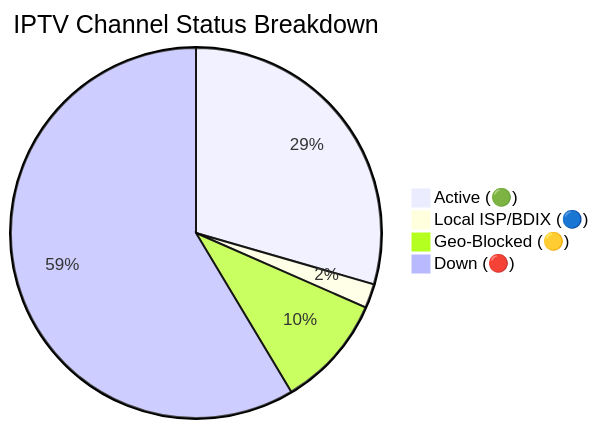
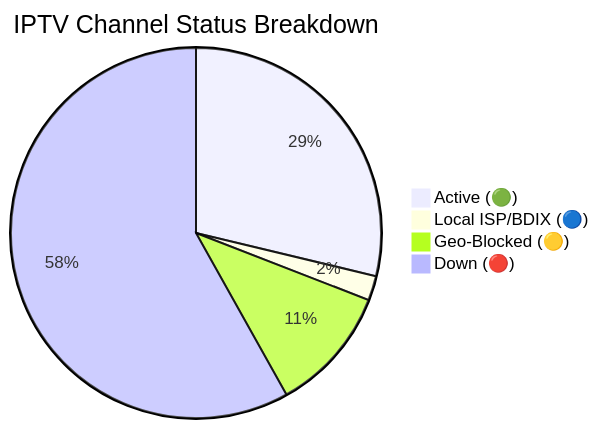
Before and after one commit to andreataylord/Ip-tv-Collection: the diagram in README.md, drawn with Mermaid. The commit also changed other lines of this file and 2 other files, not shown here.

````diff
--- a/README.md
+++ b/README.md
@@ -59,7 +59,7 @@
 ```mermaid
 pie title IPTV Channel Status Breakdown
-    "Active (🟢)" : 1789
+    "Active (🟢)" : 1717
     "Local ISP/BDIX (🔵)" : 128
-    "Geo-Blocked (🟡)" : 596
-    "Down (🔴)" : 3557
+    "Geo-Blocked (🟡)" : 656
+    "Down (🔴)" : 3471
 ```
````
